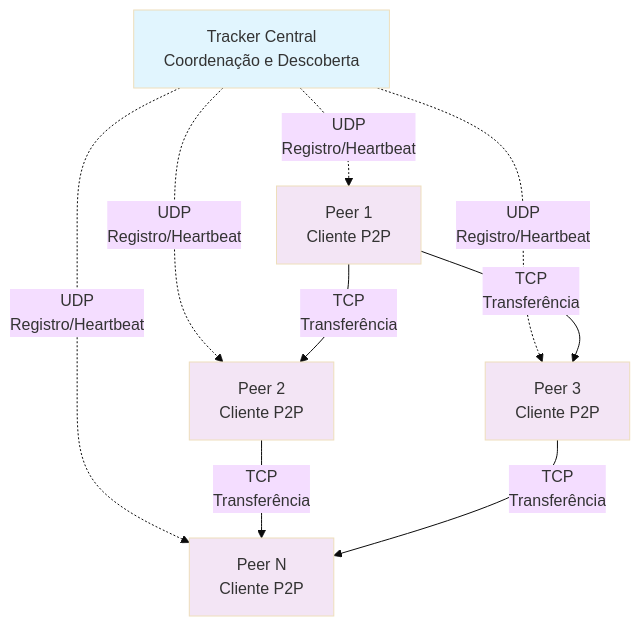
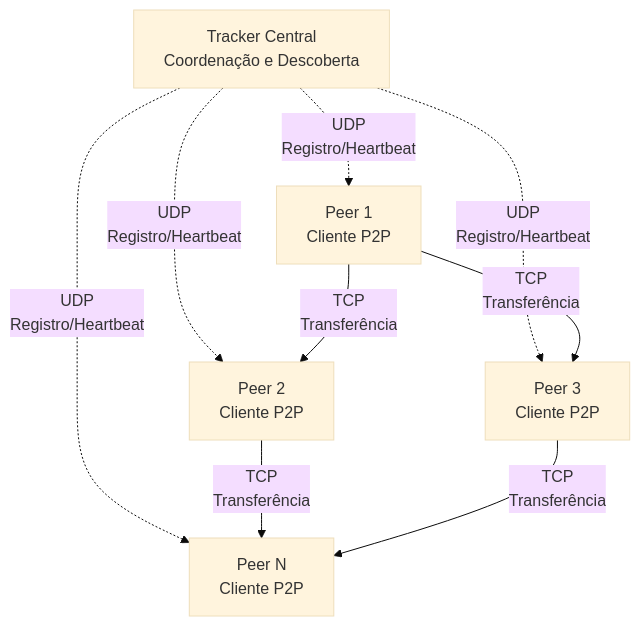
The first of 3 diagrams in README.md (RenanBentes/P2P), drawn with Mermaid (base theme) before and after one commit. The commit also changed other lines of this file, not shown here.

````diff
--- a/README.md
+++ b/README.md
@@ -26,25 +26,25 @@
 ```mermaid
 graph TB
     T[Tracker Central<br/>Coordenação e Descoberta] 
     
     P1[Peer 1<br/>Cliente P2P]
     P2[Peer 2<br/>Cliente P2P] 
     P3[Peer 3<br/>Cliente P2P]
     P4[Peer N<br/>Cliente P2P]
     
     T -.->|UDP<br/>Registro/Heartbeat| P1
     T -.->|UDP<br/>Registro/Heartbeat| P2
     T -.->|UDP<br/>Registro/Heartbeat| P3
     T -.->|UDP<br/>Registro/Heartbeat| P4
     
     P1 -->|TCP<br/>Transferência| P2
     P1 -->|TCP<br/>Transferência| P3
     P2 -->|TCP<br/>Transferência| P4
     P3 -->|TCP<br/>Transferência| P4
     
-    style T fill:#e1f5fe
-    style P1 fill:#f3e5f5
-    style P2 fill:#f3e5f5
-    style P3 fill:#f3e5f5
-    style P4 fill:#f3e5f5
+    style T fill:#fffff
+    style P1 fill:#fffff
+    style P2 fill:#fffff
+    style P3 fill:#fffff
+    style P4 fill:#fffff
 ```
````
